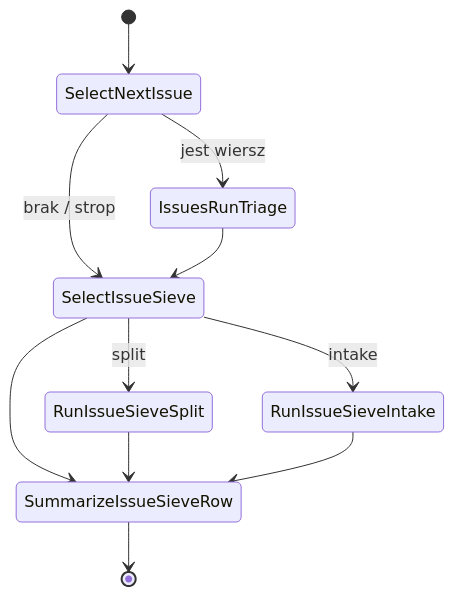
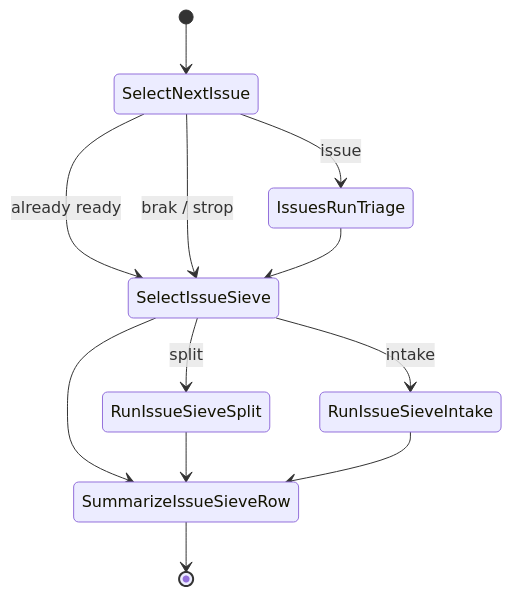
One commit to mikolaj92/lokay changed diagram 39 of 49 in README.md. Above: the diagram before and after it, drawn with Mermaid. The commit also changed other lines of this file and 12 other files, not shown here.

First line of the commit message:
fix: skip issue triage for already-ready tickets (#980)

````diff
--- a/README.md
+++ b/README.md
@@ -1077,13 +1077,14 @@
 ```mermaid
 stateDiagram-v2
     [*] --> SelectNextIssue
-    SelectNextIssue --> IssuesRunTriage: jest wiersz
+    SelectNextIssue --> IssuesRunTriage: issue
+    SelectNextIssue --> SelectIssueSieve: already ready
     SelectNextIssue --> SelectIssueSieve: brak / strop
     IssuesRunTriage --> SelectIssueSieve
     SelectIssueSieve --> RunIssueSieveSplit: split
     SelectIssueSieve --> RunIssueSieveIntake: intake
     SelectIssueSieve --> SummarizeIssueSieveRow
     RunIssueSieveSplit --> SummarizeIssueSieveRow
     RunIssueSieveIntake --> SummarizeIssueSieveRow
     SummarizeIssueSieveRow --> [*]
 ```
````
